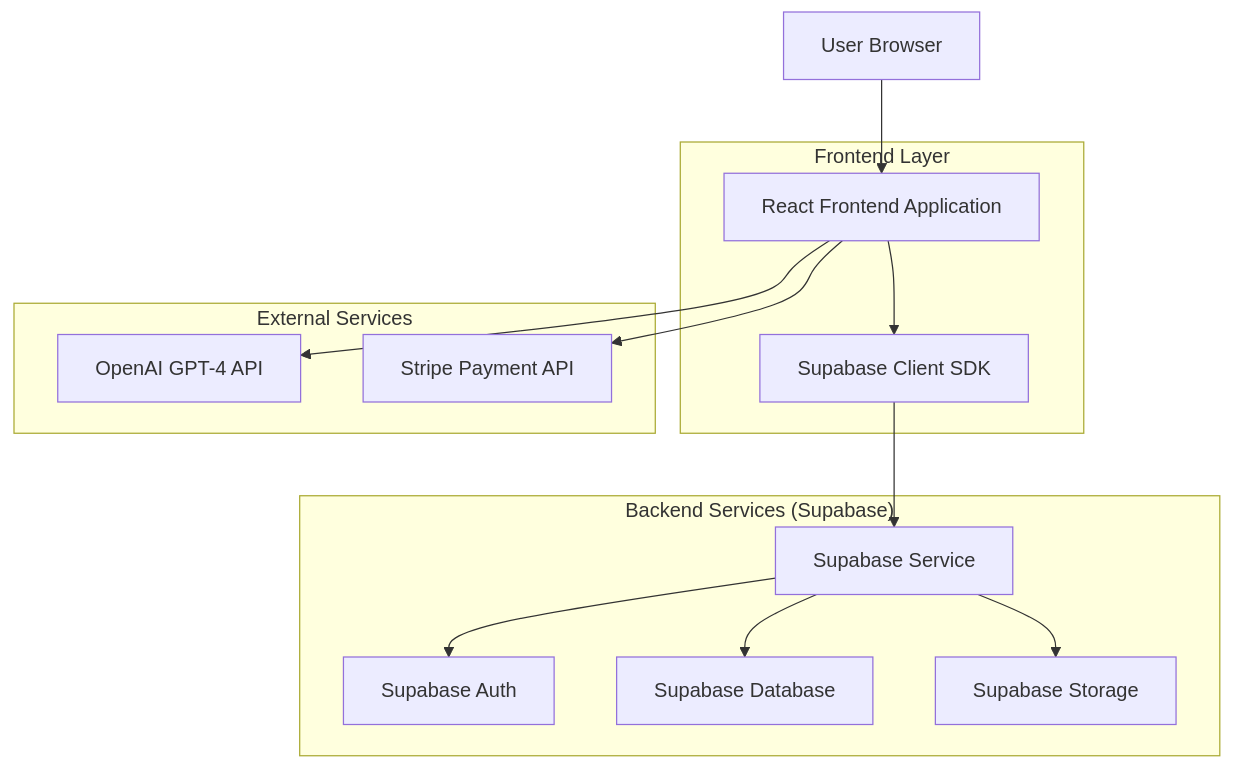
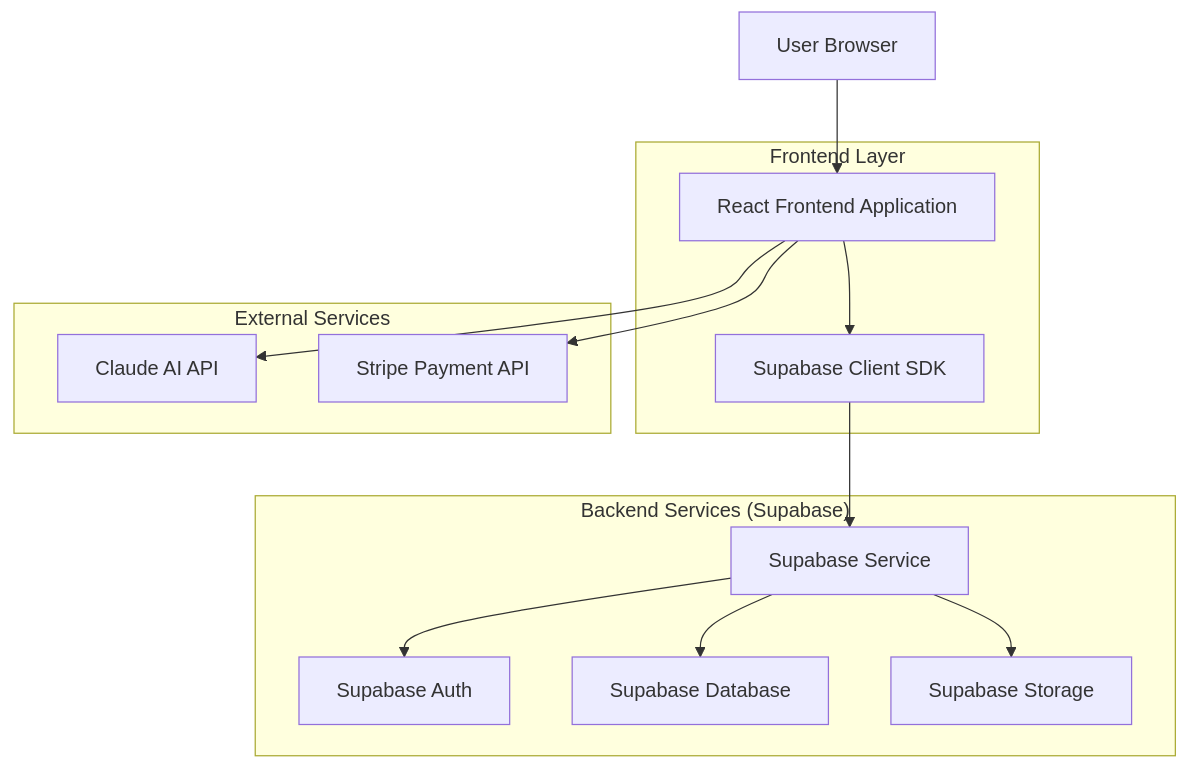
One commit to helloaca/helloaca changed the first of 3 diagrams in .trae/documents/HelloACA_Technical_Architecture_Document.md. Above: the diagram before and after it, drawn with Mermaid. The commit also changed other lines of this file and 1 other file, not shown here.

First line of the commit message:
refactor: replace openai gpt-4 with claude ai api

````diff
--- a/.trae/documents/HelloACA_Technical_Architecture_Document.md
+++ b/.trae/documents/HelloACA_Technical_Architecture_Document.md
@@ -7,28 +7,28 @@
 ```mermaid
 graph TD
     A[User Browser] --> B[React Frontend Application]
     B --> C[Supabase Client SDK]
     C --> D[Supabase Service]
     D --> E[Supabase Auth]
     D --> F[Supabase Database]
     D --> G[Supabase Storage]
-    B --> H[OpenAI GPT-4 API]
+    B --> H[Claude AI API]
     B --> I[Stripe Payment API]
 
     subgraph "Frontend Layer"
         B
         C
     end
 
     subgraph "Backend Services (Supabase)"
         D
         E
         F
         G
     end
 
     subgraph "External Services"
         H
         I
     end
 ```
````
